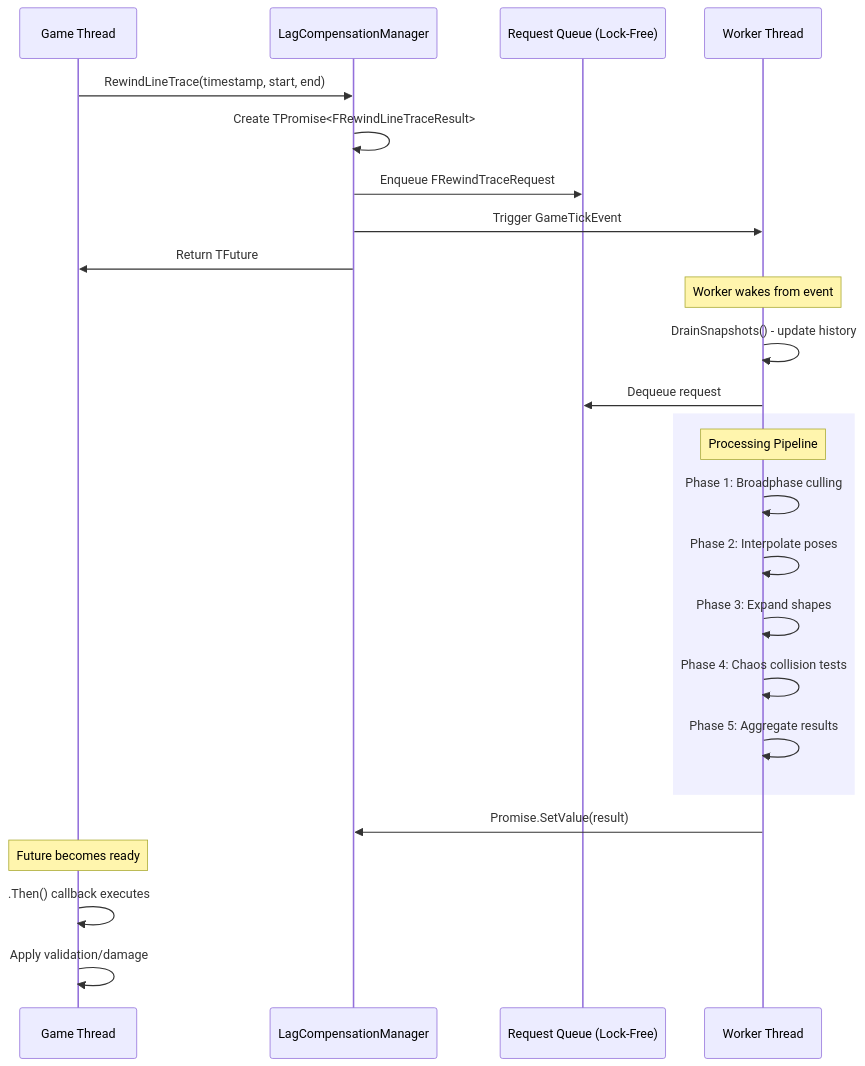
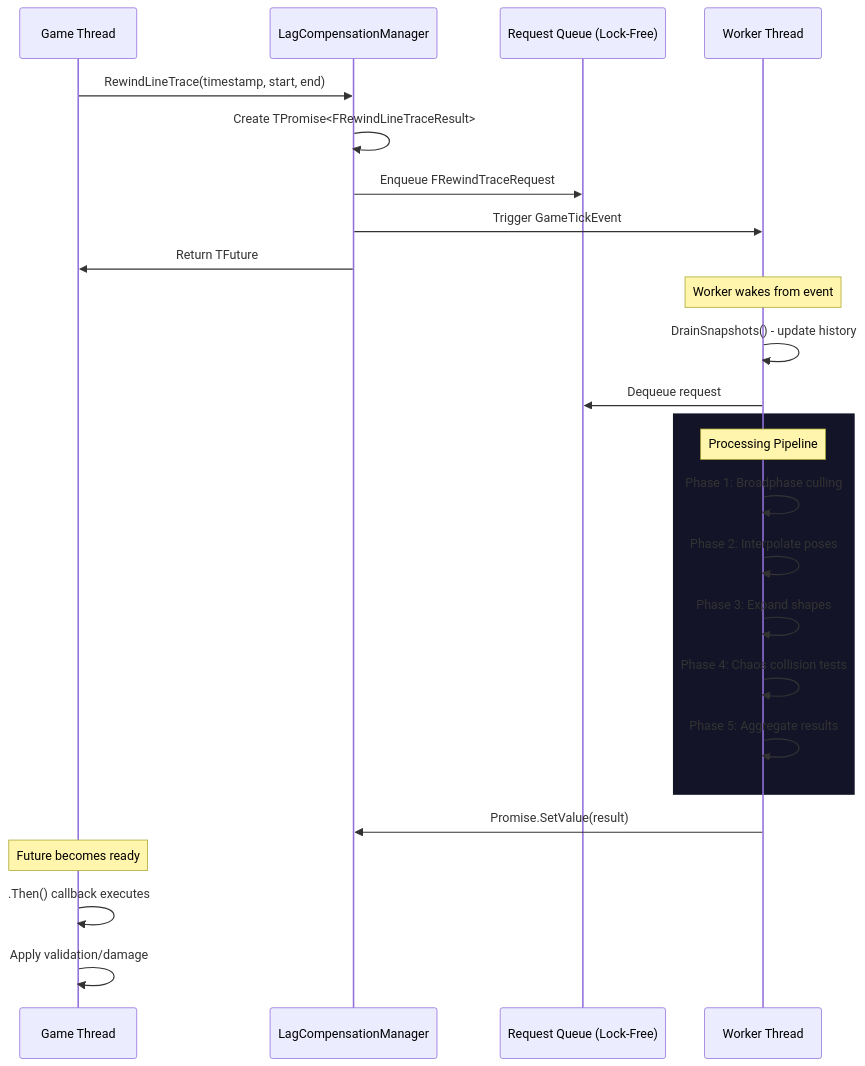
The diagram in outliyr-framework/docs/core-modules/shooter-base/lag-compensation/rewind-traces.md (outliyr/outliyr-docs), drawn with Mermaid before and after one commit.

Commit message:
GITBOOK-212: No subject

````diff
--- a/outliyr-framework/docs/core-modules/shooter-base/lag-compensation/rewind-traces.md
+++ b/outliyr-framework/docs/core-modules/shooter-base/lag-compensation/rewind-traces.md
@@ -566,33 +566,33 @@
 ```mermaid
 sequenceDiagram
     participant G as Game Thread
     participant M as LagCompensationManager
     participant Q as Request Queue (Lock-Free)
     participant W as Worker Thread
 
     G->>M: RewindLineTrace(timestamp, start, end)
     M->>M: Create TPromise<FRewindLineTraceResult>
     M->>Q: Enqueue FRewindTraceRequest
     M->>W: Trigger GameTickEvent
     M->>G: Return TFuture
 
     Note over W: Worker wakes from event
 
     W->>W: DrainSnapshots() - update history
     W->>Q: Dequeue request
 
-    rect rgb(240, 240, 255)
+    rect rgb(20, 20, 40)
         Note over W: Processing Pipeline
         W->>W: Phase 1: Broadphase culling
         W->>W: Phase 2: Interpolate poses
         W->>W: Phase 3: Expand shapes
         W->>W: Phase 4: Chaos collision tests
         W->>W: Phase 5: Aggregate results
     end
 
     W->>M: Promise.SetValue(result)
 
     Note over G: Future becomes ready
     G->>G: .Then() callback executes
     G->>G: Apply validation/damage
 ```
````
